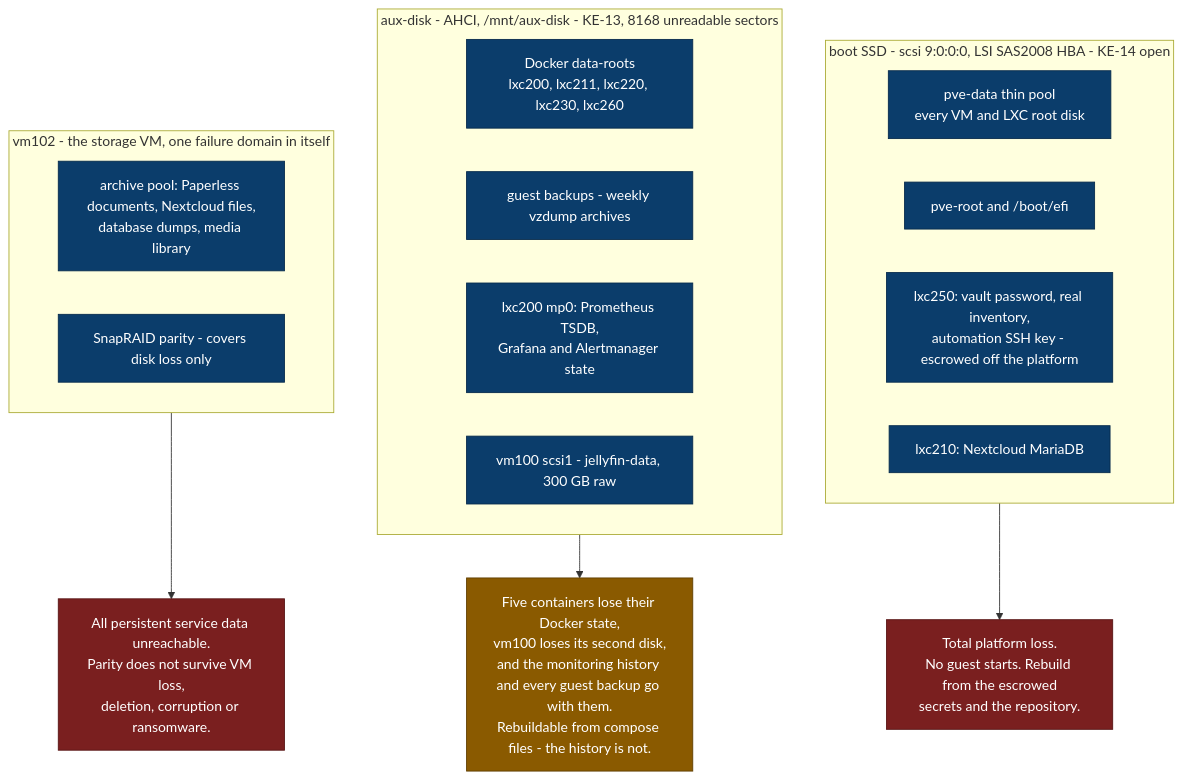
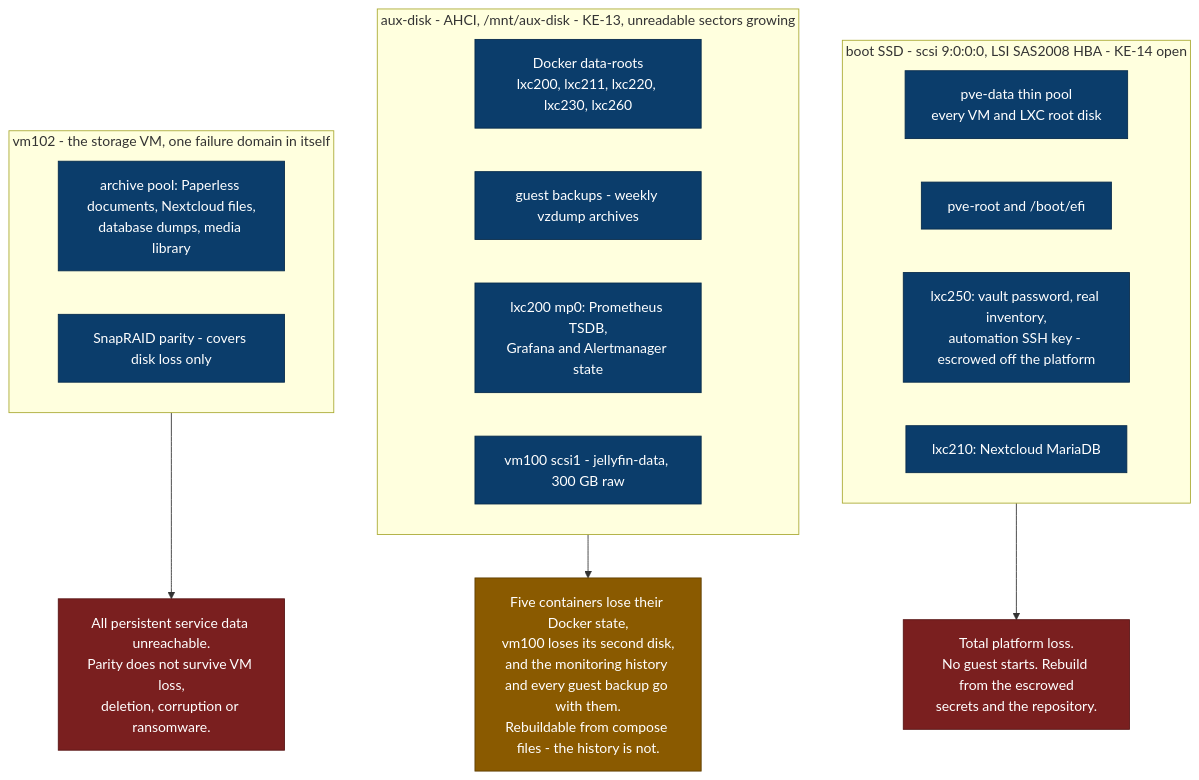
One commit to NicolasPogorzelski/homelab-server-architecture changed the diagram in docs/architecture/failure-domains.md. Above: the diagram before and after it, drawn with Mermaid. The commit also changed other lines of this file and 11 other files, not shown here.

````diff
--- a/docs/architecture/failure-domains.md
+++ b/docs/architecture/failure-domains.md
@@ -15,35 +15,35 @@
 ```mermaid
 flowchart TB
   accTitle: Failure domains of the platform
   accDescr: Boot SSD, aux-disk and vm102 as three failure domains, with what each carries and what its loss causes.
 
   subgraph boot["boot SSD - scsi 9:0:0:0, LSI SAS2008 HBA - KE-14 open"]
     ROOTS["pve-data thin pool<br/>every VM and LXC root disk"]
     PVEROOT["pve-root and /boot/efi"]
     SECRETS["lxc250: vault password, real inventory,<br/>automation SSH key - escrowed off the platform"]
     NCDB["lxc210: Nextcloud MariaDB"]
   end
 
-  subgraph auxd["aux-disk - AHCI, /mnt/aux-disk - KE-13, 8168 unreadable sectors"]
+  subgraph auxd["aux-disk - AHCI, /mnt/aux-disk - KE-13, unreadable sectors growing"]
     DROOTS["Docker data-roots<br/>lxc200, lxc211, lxc220, lxc230, lxc260"]
     VZDUMP["guest backups - weekly vzdump archives"]
     MONDATA["lxc200 mp0: Prometheus TSDB,<br/>Grafana and Alertmanager state"]
     JELLY["vm100 scsi1 - jellyfin-data, 300 GB raw"]
   end
 
   subgraph storagevm["vm102 - the storage VM, one failure domain in itself"]
     ARCHIVE["archive pool: Paperless documents, Nextcloud files,<br/>database dumps, media library"]
     PARITY["SnapRAID parity - covers disk loss only"]
   end
 
   boot --> L1["Total platform loss.<br/>No guest starts. Rebuild from the escrowed<br/>secrets and the repository."]
   auxd --> L2["Five containers lose their Docker state,<br/>vm100 loses its second disk,<br/>and the monitoring history and every guest backup go with them.<br/>Rebuildable from compose files - the history is not."]
   storagevm --> L3["All persistent service data unreachable.<br/>Parity does not survive VM loss,<br/>deletion, corruption or ransomware."]
 
   classDef sick fill:#7a1f1f,stroke:#571414,color:#ffffff
   classDef warn fill:#8a5a00,stroke:#5f3e00,color:#ffffff
   classDef content fill:#0b3d6b,stroke:#062a4b,color:#ffffff
   class L1,L3 sick
   class L2 warn
   class ROOTS,PVEROOT,SECRETS,NCDB,DROOTS,VZDUMP,MONDATA,JELLY,ARCHIVE,PARITY content
 ```
````
